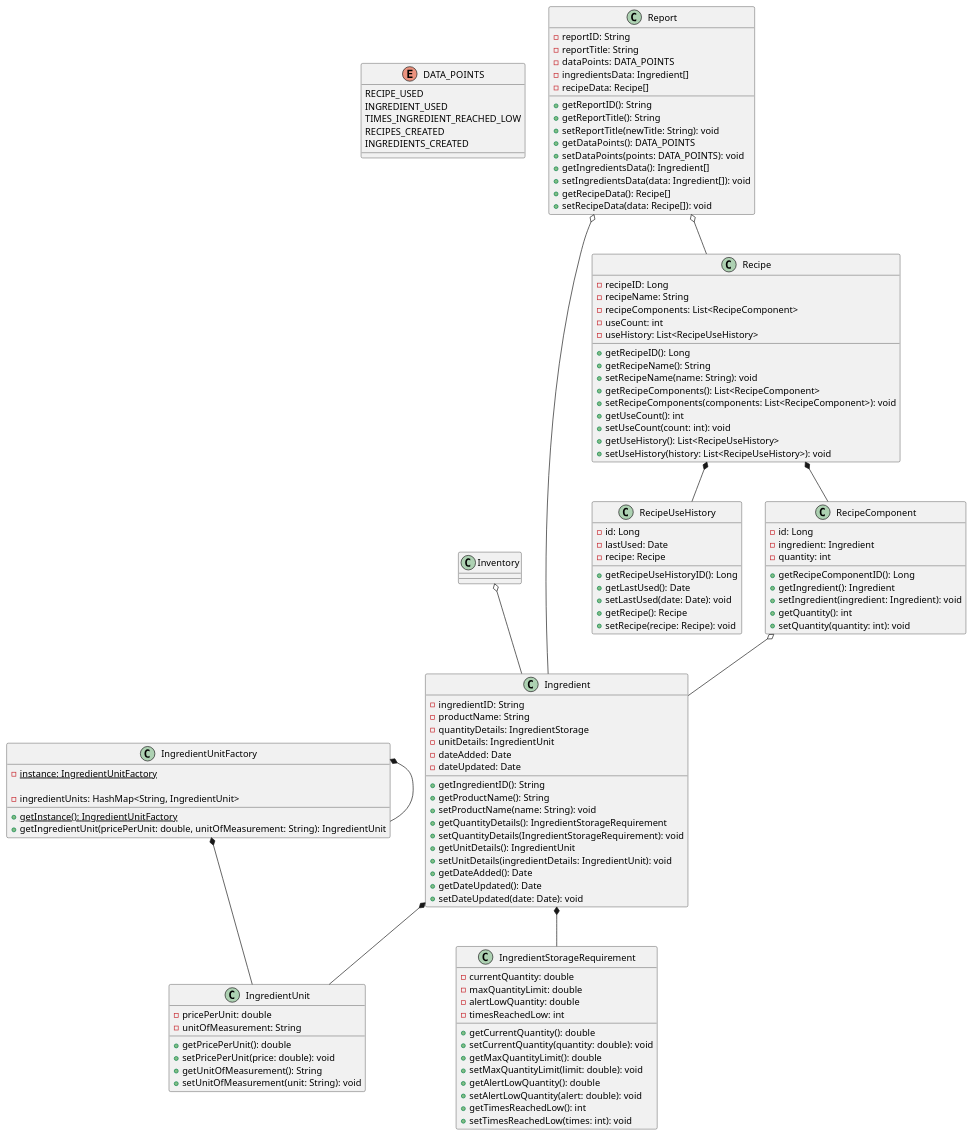
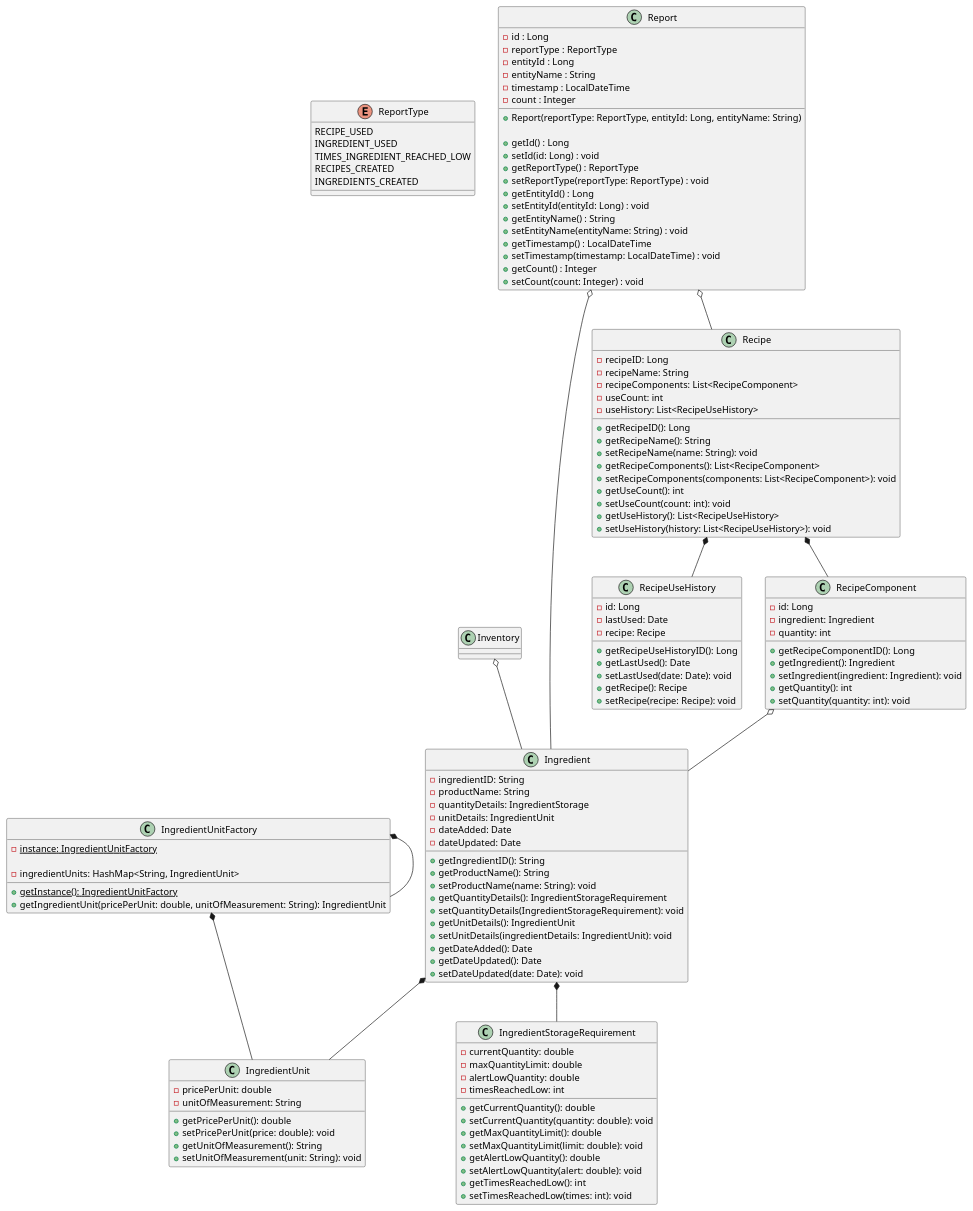
Before and after one commit to AlanCortez1337/cs5800-project: the diagram in backend/src/documentation/classDiagrams/EntitiesModels.puml, drawn with PlantUML. The commit also changed 6 other files, not shown here.

Commit message:
update class diagrams to how they should be implemented & fix config files for backend

```diff
--- a/backend/src/documentation/classDiagrams/EntitiesModels.puml
+++ b/backend/src/documentation/classDiagrams/EntitiesModels.puml
@@ -1,142 +1,148 @@
 @startuml
 'https://plantuml.com/class-diagram
 
-enum DATA_POINTS {
+enum ReportType {
     RECIPE_USED
     INGREDIENT_USED
     TIMES_INGREDIENT_REACHED_LOW
     RECIPES_CREATED
     INGREDIENTS_CREATED
 }
 
 class Ingredient {
     - ingredientID: String
     - productName: String
     - quantityDetails: IngredientStorage
     - unitDetails: IngredientUnit
     - dateAdded: Date
     - dateUpdated: Date
 
     + getIngredientID(): String
     + getProductName(): String
     + setProductName(name: String): void
     + getQuantityDetails(): IngredientStorageRequirement
     + setQuantityDetails(IngredientStorageRequirement): void
     + getUnitDetails(): IngredientUnit
     + setUnitDetails(ingredientDetails: IngredientUnit): void
     + getDateAdded(): Date
     + getDateUpdated(): Date
     + setDateUpdated(date: Date): void
 }
 
 class IngredientUnit {
     - pricePerUnit: double
     - unitOfMeasurement: String
 
     + getPricePerUnit(): double
     + setPricePerUnit(price: double): void
     + getUnitOfMeasurement(): String
     + setUnitOfMeasurement(unit: String): void
 }
 
 class IngredientUnitFactory {
     - {static} instance: IngredientUnitFactory
     + {static} getInstance(): IngredientUnitFactory
 
     - ingredientUnits: HashMap<String, IngredientUnit>
     + getIngredientUnit(pricePerUnit: double, unitOfMeasurement: String): IngredientUnit
 }
 
 IngredientUnitFactory *-- IngredientUnitFactory
 IngredientUnitFactory *-- IngredientUnit
 
 class IngredientStorageRequirement {
     - currentQuantity: double
     - maxQuantityLimit: double
     - alertLowQuantity: double
     - timesReachedLow: int
 
     + getCurrentQuantity(): double
     + setCurrentQuantity(quantity: double): void
     + getMaxQuantityLimit(): double
     + setMaxQuantityLimit(limit: double): void
     + getAlertLowQuantity(): double
     + setAlertLowQuantity(alert: double): void
     + getTimesReachedLow(): int
     + setTimesReachedLow(times: int): void
 }
 
 Inventory o-- Ingredient
 Ingredient *-- IngredientStorageRequirement
 Ingredient *-- IngredientUnit
 
 class Recipe {
     - recipeID: Long
     - recipeName: String
     - recipeComponents: List<RecipeComponent>
     - useCount: int
     - useHistory: List<RecipeUseHistory>
 
     + getRecipeID(): Long
     + getRecipeName(): String
     + setRecipeName(name: String): void
     + getRecipeComponents(): List<RecipeComponent>
     + setRecipeComponents(components: List<RecipeComponent>): void
     + getUseCount(): int
     + setUseCount(count: int): void
     + getUseHistory(): List<RecipeUseHistory>
     + setUseHistory(history: List<RecipeUseHistory>): void
 }
 
 
 class RecipeUseHistory {
     - id: Long
     - lastUsed: Date
     - recipe: Recipe
 
     + getRecipeUseHistoryID(): Long
     + getLastUsed(): Date
     + setLastUsed(date: Date): void
     + getRecipe(): Recipe
     + setRecipe(recipe: Recipe): void
 }
 
 
 class RecipeComponent {
     - id: Long
     - ingredient: Ingredient
     - quantity: int
 
     + getRecipeComponentID(): Long
     + getIngredient(): Ingredient
     + setIngredient(ingredient: Ingredient): void
     + getQuantity(): int
     + setQuantity(quantity: int): void
 }
 
 Recipe *-- RecipeComponent
 Recipe *-- RecipeUseHistory
 RecipeComponent o-- Ingredient
 
 class Report {
-    - reportID: String
-    - reportTitle: String
-    - dataPoints: DATA_POINTS
-    - ingredientsData: Ingredient[]
-    - recipeData: Recipe[]
+    - id : Long
+    - reportType : ReportType
+    - entityId : Long
+    - entityName : String
+    - timestamp : LocalDateTime
+    - count : Integer
 
-    + getReportID(): String
-    + getReportTitle(): String
-    + setReportTitle(newTitle: String): void
-    + getDataPoints(): DATA_POINTS
-    + setDataPoints(points: DATA_POINTS): void
-    + getIngredientsData(): Ingredient[]
-    + setIngredientsData(data: Ingredient[]): void
-    + getRecipeData(): Recipe[]
-    + setRecipeData(data: Recipe[]): void
+    + Report(reportType: ReportType, entityId: Long, entityName: String)
+
+    + getId() : Long
+    + setId(id: Long) : void
+    + getReportType() : ReportType
+    + setReportType(reportType: ReportType) : void
+    + getEntityId() : Long
+    + setEntityId(entityId: Long) : void
+    + getEntityName() : String
+    + setEntityName(entityName: String) : void
+    + getTimestamp() : LocalDateTime
+    + setTimestamp(timestamp: LocalDateTime) : void
+    + getCount() : Integer
+    + setCount(count: Integer) : void
 }
 
 Report o-- Ingredient
 Report o-- Recipe
 
 @enduml
```
